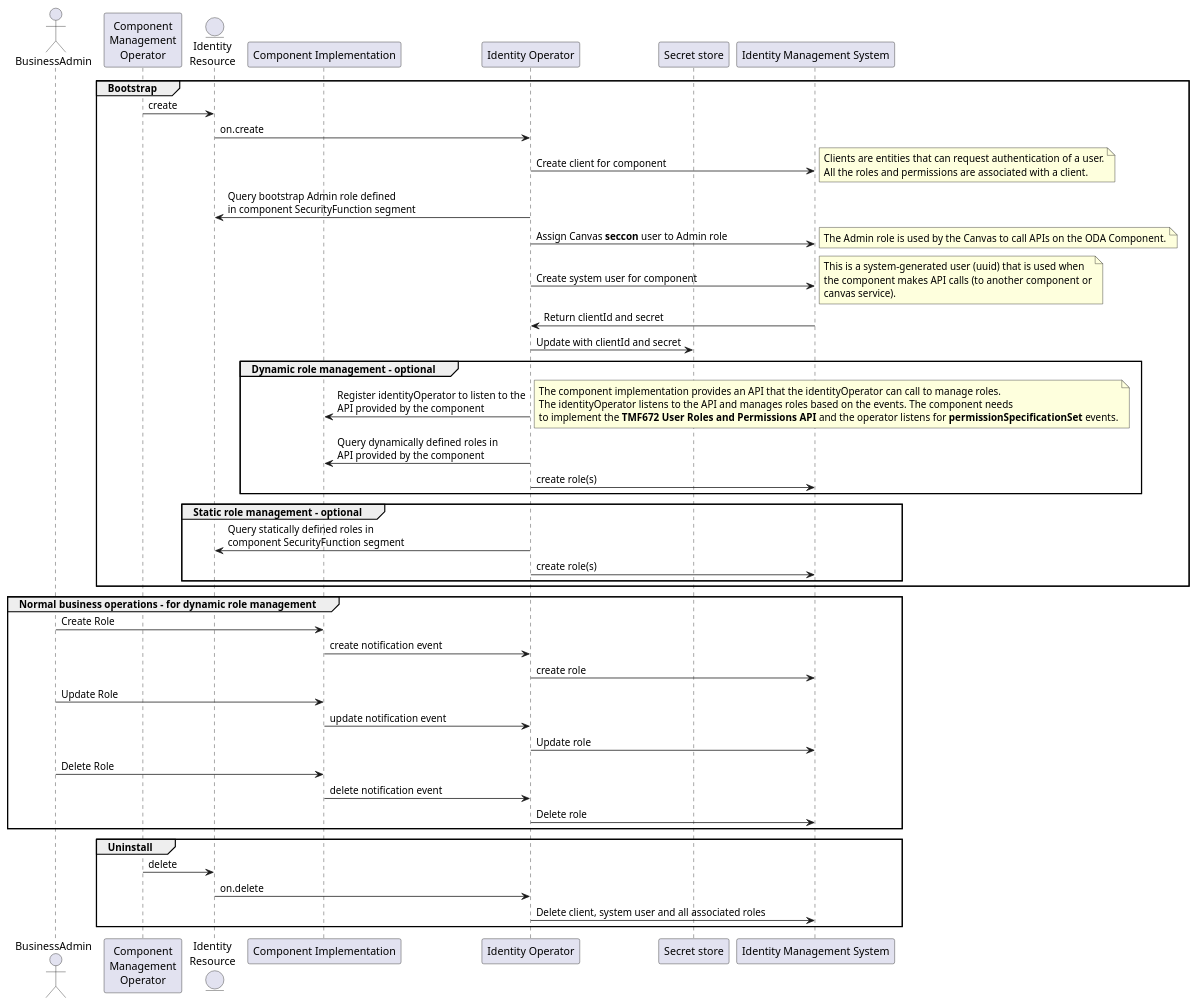
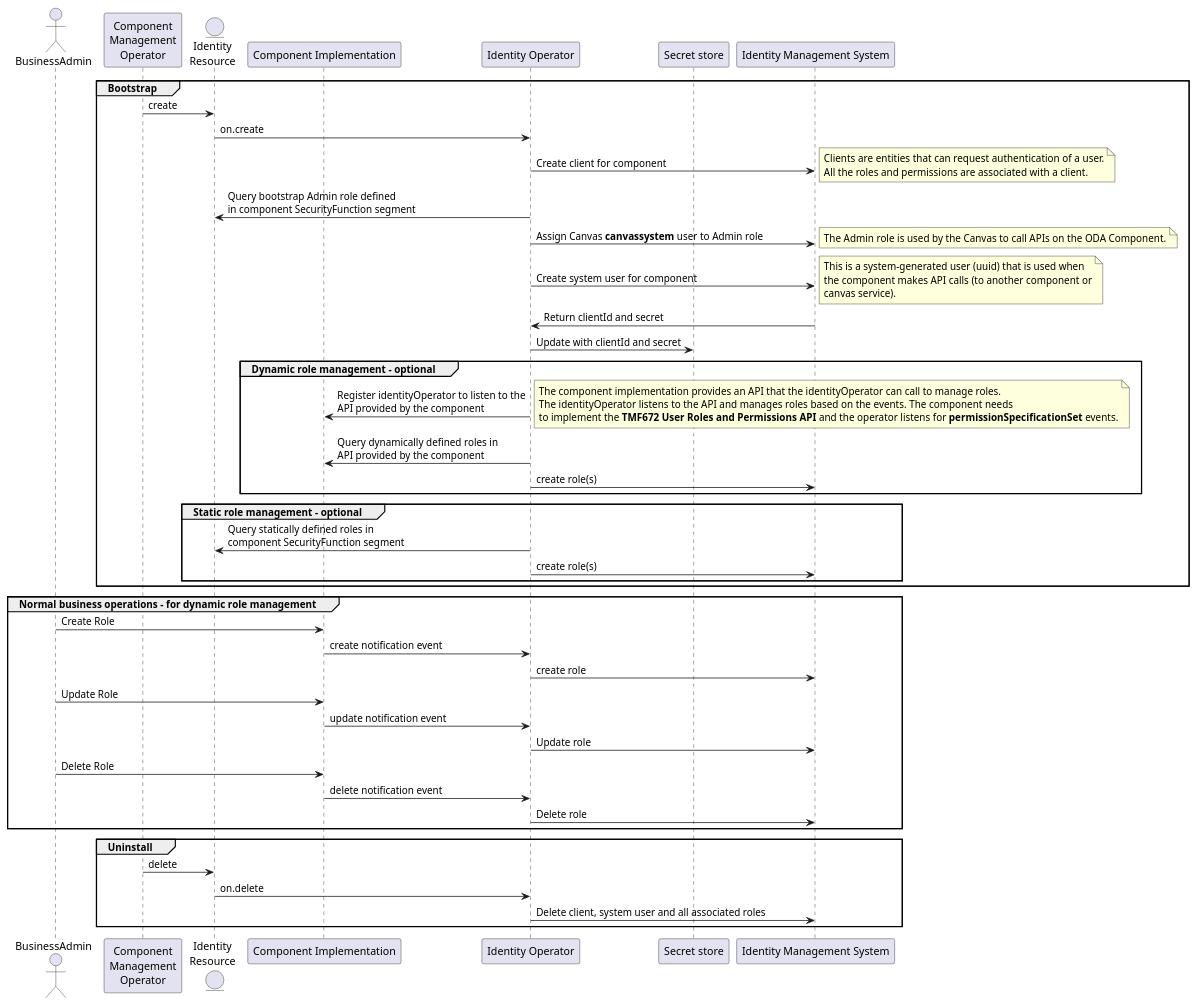
The diagram in doc/_build/_downloads/b6e214730255704cb12b598cd97b923e/configure-users-and-roles.puml (tmforum-oda/oda-ca-docs), drawn with PlantUML before and after one commit. The commit also changed 589 other files, not shown here.

```diff
--- a/doc/_build/_downloads/b6e214730255704cb12b598cd97b923e/configure-users-and-roles.puml
+++ b/doc/_build/_downloads/b6e214730255704cb12b598cd97b923e/configure-users-and-roles.puml
@@ -1,70 +1,70 @@
 @startuml
 
 actor BusinessAdmin
 participant "Component\nManagement\nOperator" as ComponentOperator
 entity "Identity\nResource" as IdentityResource
 participant "Component Implementation" as ComponentImplementation
 participant "Identity Operator" as identityOperator
 participant "Secret store" as SecretStore
 participant "Identity Management System" as IDM
 
 group Bootstrap
 IdentityResource <- ComponentOperator : create
 
 IdentityResource -> identityOperator: on.create 
 identityOperator -> IDM: Create client for component
 note right
     Clients are entities that can request authentication of a user.
     All the roles and permissions are associated with a client.
 end note
 
 identityOperator -> IdentityResource : Query bootstrap Admin role defined\nin component SecurityFunction segment
-identityOperator -> IDM: Assign Canvas **seccon** user to Admin role
+identityOperator -> IDM: Assign Canvas **canvassystem** user to Admin role
 note right
     The Admin role is used by the Canvas to call APIs on the ODA Component.
 end note
 
 identityOperator -> IDM: Create system user for component
 note right
     This is a system-generated user (uuid) that is used when
     the component makes API calls (to another component or
     canvas service).
 end note
 identityOperator <- IDM: Return clientId and secret
 identityOperator -> SecretStore: Update with clientId and secret
 
 group Dynamic role management - optional
     identityOperator -> ComponentImplementation: Register identityOperator to listen to the\nAPI provided by the component
     note right
         The component implementation provides an API that the identityOperator can call to manage roles.
         The identityOperator listens to the API and manages roles based on the events. The component needs
         to implement the **TMF672 User Roles and Permissions API** and the operator listens for **permissionSpecificationSet** events.
     end note
     identityOperator -> ComponentImplementation: Query dynamically defined roles in\nAPI provided by the component
     identityOperator -> IDM: create role(s)
 end 
 group Static role management - optional
     identityOperator -> IdentityResource: Query statically defined roles in\ncomponent SecurityFunction segment
     identityOperator -> IDM: create role(s)
 end 
 
 end 
 group Normal business operations - for dynamic role management
     BusinessAdmin -> ComponentImplementation: Create Role
     ComponentImplementation-> identityOperator: create notification event
     identityOperator -> IDM: create role
     BusinessAdmin -> ComponentImplementation: Update Role
     ComponentImplementation-> identityOperator: update notification event
     identityOperator -> IDM: Update role
     BusinessAdmin -> ComponentImplementation: Delete Role
     ComponentImplementation-> identityOperator: delete notification event
     identityOperator -> IDM: Delete role
 end
 
 group Uninstall
     ComponentOperator -> IdentityResource  : delete
     IdentityResource -> identityOperator: on.delete 
     identityOperator -> IDM: Delete client, system user and all associated roles  
 end
 
 @enduml
```
